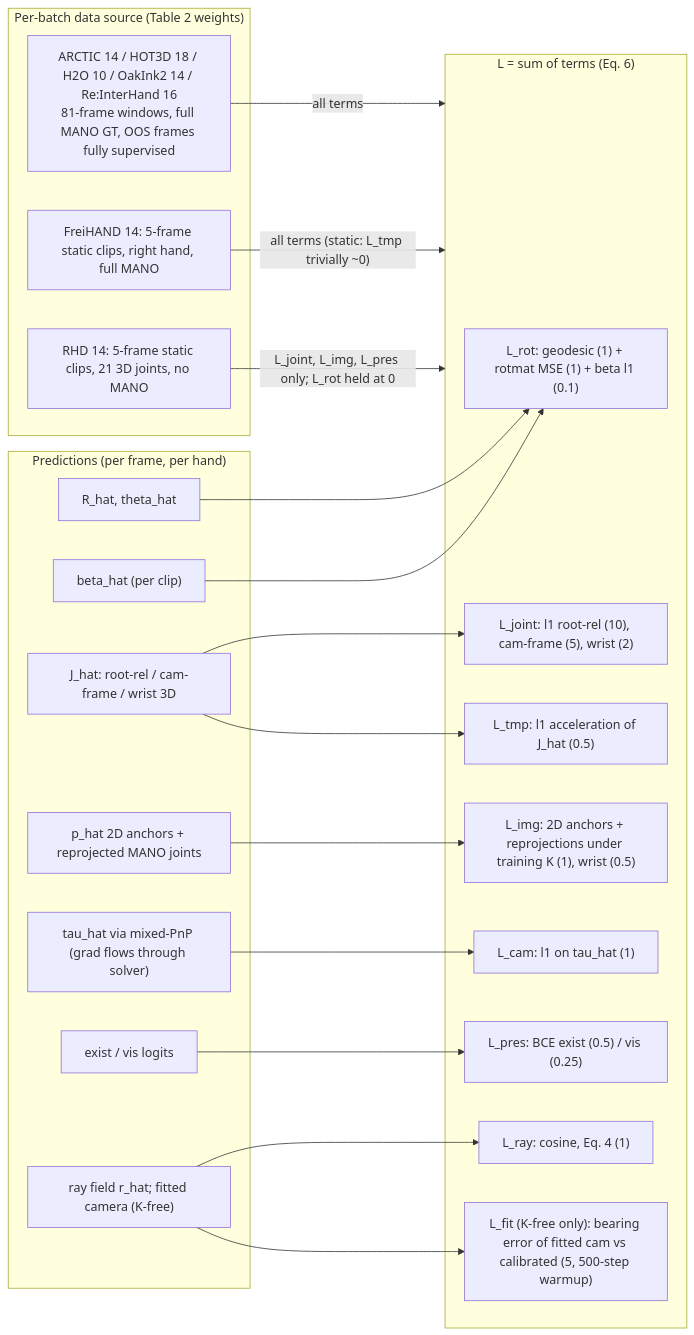
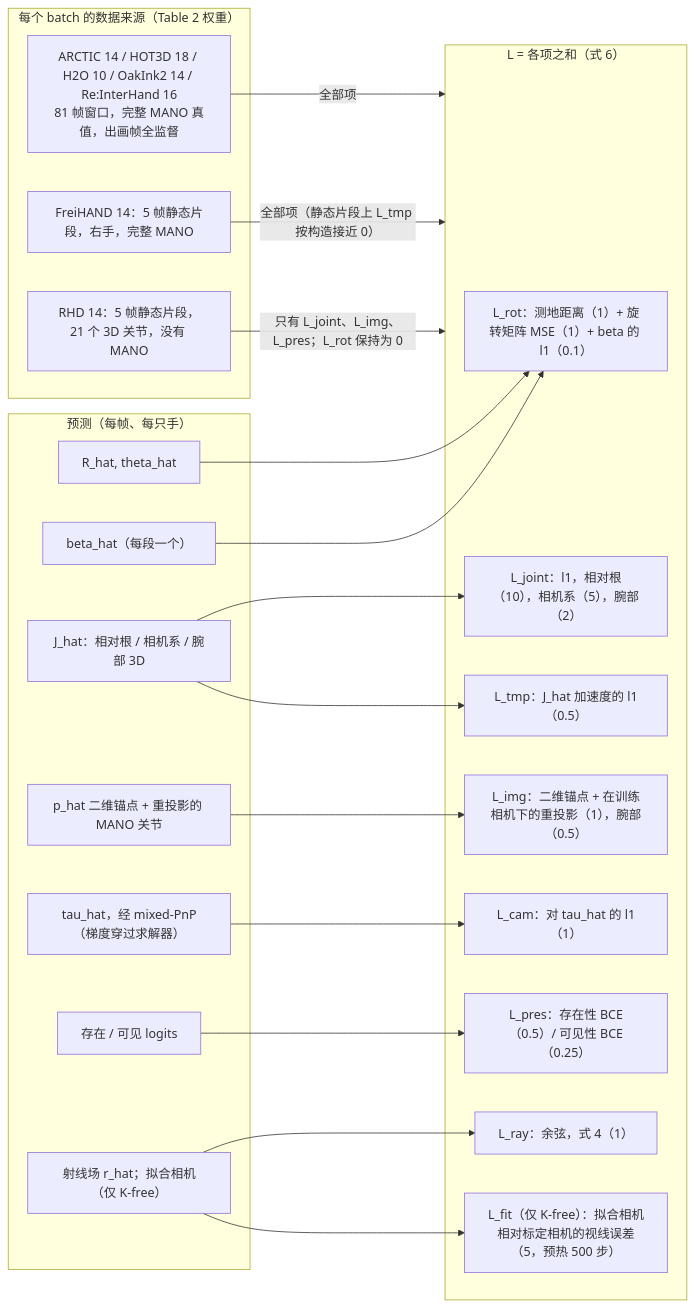
One commit to Ziyang-Li-AILab/liziyang_projects changed the fifth of 6 diagrams in repro/2608.20308/method-flowchart.md. Above: the diagram before and after it, drawn with Mermaid. The commit also changed other lines of this file and 30 other files, not shown here.

First line of the commit message:
Add the partial HOT3D converter and record the clips still unencoded.

````diff
--- a/repro/2608.20308/method-flowchart.md
+++ b/repro/2608.20308/method-flowchart.md
@@ -181,43 +181,43 @@
 ```mermaid
 flowchart LR
-    subgraph Pred["Predictions (per frame, per hand)"]
+    subgraph Pred["预测（每帧、每只手）"]
         PR["R_hat, theta_hat"]
-        PB["beta_hat (per clip)"]
-        PJ["J_hat: root-rel / cam-frame / wrist 3D"]
-        P2["p_hat 2D anchors + reprojected MANO joints"]
-        PT["tau_hat via mixed-PnP (grad flows through solver)"]
-        PP["exist / vis logits"]
-        PRF["ray field r_hat; fitted camera (K-free)"]
+        PB["beta_hat（每段一个）"]
+        PJ["J_hat：相对根 / 相机系 / 腕部 3D"]
+        P2["p_hat 二维锚点 + 重投影的 MANO 关节"]
+        PT["tau_hat，经 mixed-PnP（梯度穿过求解器）"]
+        PP["存在 / 可见 logits"]
+        PRF["射线场 r_hat；拟合相机（仅 K-free）"]
     end
 
-    subgraph Loss["L = sum of terms (Eq. 6)"]
-        LROT["L_rot: geodesic (1) + rotmat MSE (1) + beta l1 (0.1)"]
-        LJ["L_joint: l1 root-rel (10), cam-frame (5), wrist (2)"]
-        LIMG["L_img: 2D anchors + reprojections under training K (1), wrist (0.5)"]
-        LCAM["L_cam: l1 on tau_hat (1)"]
-        LPRES["L_pres: BCE exist (0.5) / vis (0.25)"]
-        LTMP["L_tmp: l1 acceleration of J_hat (0.5)"]
-        LRAY["L_ray: cosine, Eq. 4 (1)"]
-        LFIT["L_fit (K-free only): bearing error of fitted cam vs calibrated (5, 500-step warmup)"]
+    subgraph Loss["L = 各项之和（式 6）"]
+        LROT["L_rot：测地距离（1）+ 旋转矩阵 MSE（1）+ beta 的 l1（0.1）"]
+        LJ["L_joint：l1，相对根（10），相机系（5），腕部（2）"]
+        LIMG["L_img：二维锚点 + 在训练相机下的重投影（1），腕部（0.5）"]
+        LCAM["L_cam：对 tau_hat 的 l1（1）"]
+        LPRES["L_pres：存在性 BCE（0.5）/ 可见性 BCE（0.25）"]
+        LTMP["L_tmp：J_hat 加速度的 l1（0.5）"]
+        LRAY["L_ray：余弦，式 4（1）"]
+        LFIT["L_fit（仅 K-free）：拟合相机相对标定相机的视线误差（5，预热 500 步）"]
     end
 
-    subgraph Data["Per-batch data source (Table 2 weights)"]
-        VID["ARCTIC 14 / HOT3D 18 / H2O 10 / OakInk2 14 / Re:InterHand 16<br/>81-frame windows, full MANO GT, OOS frames fully supervised"]
-        FH["FreiHAND 14: 5-frame static clips, right hand, full MANO"]
-        RHD["RHD 14: 5-frame static clips, 21 3D joints, no MANO"]
+    subgraph Data["每个 batch 的数据来源（Table 2 权重）"]
+        VID["ARCTIC 14 / HOT3D 18 / H2O 10 / OakInk2 14 / Re:InterHand 16<br/>81 帧窗口，完整 MANO 真值，出画帧全监督"]
+        FH["FreiHAND 14：5 帧静态片段，右手，完整 MANO"]
+        RHD["RHD 14：5 帧静态片段，21 个 3D 关节，没有 MANO"]
     end
 
     PR --> LROT
     PB --> LROT
     PJ --> LJ
     P2 --> LIMG
     PT --> LCAM
     PP --> LPRES
     PJ --> LTMP
     PRF --> LRAY
     PRF --> LFIT
 
-    VID -->|"all terms"| Loss
-    FH -->|"all terms (static: L_tmp trivially ~0)"| Loss
-    RHD -->|"L_joint, L_img, L_pres only; L_rot held at 0"| Loss
+    VID -->|"全部项"| Loss
+    FH -->|"全部项（静态片段上 L_tmp 按构造接近 0）"| Loss
+    RHD -->|"只有 L_joint、L_img、L_pres；L_rot 保持为 0"| Loss
 ```
````
